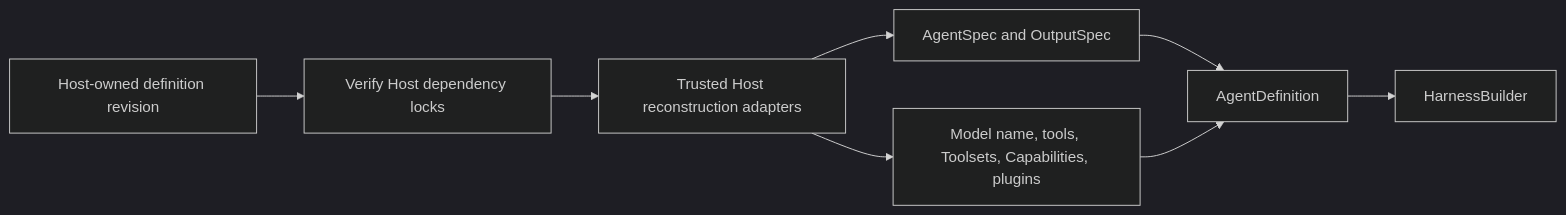
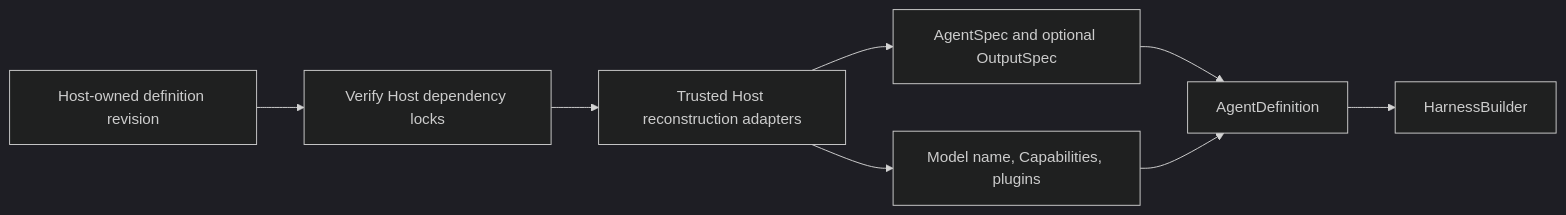
Before and after one commit to LTThreeComma/agent-foundation: the second of 2 diagrams in spec/agent-harness/03-agent-definition-and-build.md, drawn with Mermaid (dark theme). The commit also changed other lines of this file and 58 other files, not shown here.

````diff
--- a/spec/agent-harness/03-agent-definition-and-build.md
+++ b/spec/agent-harness/03-agent-definition-and-build.md
@@ -126,9 +142,9 @@
 ```mermaid
 flowchart LR
     Revision[Host-owned definition revision] --> Verify[Verify Host dependency locks]
     Verify --> Adapters[Trusted Host reconstruction adapters]
-    Adapters --> Spec[AgentSpec and OutputSpec]
-    Adapters --> Native[Model name, tools, Toolsets, Capabilities, plugins]
+    Adapters --> Spec[AgentSpec and optional OutputSpec]
+    Adapters --> Native[Model name, Capabilities, plugins]
     Spec & Native --> Definition[AgentDefinition]
     Definition --> Builder[HarnessBuilder]
 ```
````
